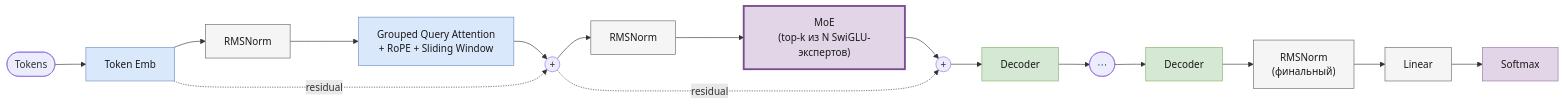
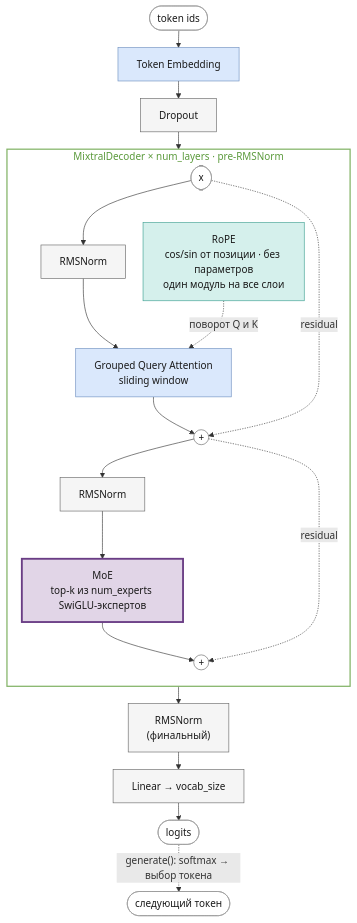
Before and after one commit to pese-git/llm-arch-research: the first of 2 diagrams in docs/mixtral.md, drawn with Mermaid. The commit also changed other lines of this file and 8 other files, not shown here.

First line of the commit message:
docs: redraw architecture diagrams in Mermaid, show RoPE explicitly

````diff
--- a/docs/mixtral.md
+++ b/docs/mixtral.md
@@ -14,19 +14,37 @@
 ```mermaid
-flowchart LR
-    Tokens(["Tokens"]) --> TokEmb["Token Emb"]:::blue
-    TokEmb --> N1["RMSNorm"]:::gray
-    N1 --> Attn["Grouped Query Attention<br/>+ RoPE + Sliding Window"]:::blue
-    Attn --> A1(("+"))
-    TokEmb -.->|residual| A1
-    A1 --> N2["RMSNorm"]:::gray
-    N2 --> MoE["MoE<br/>(top-k из N SwiGLU-экспертов)"]:::purpleHl
-    MoE --> A2(("+"))
-    A1 -.->|residual| A2
-    A2 --> Dc2["Decoder"]:::green --> Dots(["⋯"]) --> Dc5["Decoder"]:::green --> NF["RMSNorm<br/>(финальный)"]:::gray --> Lin["Linear"]:::gray --> Soft["Softmax"]:::purple
+%%{init: {"flowchart": {"rankSpacing": 28, "nodeSpacing": 28}}}%%
+flowchart TB
+    Ids(["token ids"]):::io --> TokEmb["Token Embedding"]:::blue
+    TokEmb --> Drop["Dropout"]:::gray
+    subgraph Dec["MixtralDecoder × num_layers · pre-RMSNorm"]
+        direction TB
+        X(["x"]):::io --> N1["RMSNorm"]:::gray
+        N1 --> Attn["Grouped Query Attention<br/>sliding window"]:::blue
+        R["RoPE<br/>cos/sin от позиции · без параметров<br/>один модуль на все слои"]:::rope
+        R -. "поворот Q и K" .-> Attn
+        Attn --> A1(("+")):::add
+        X -. residual .-> A1
+        A1 --> N2["RMSNorm"]:::gray
+        N2 --> FFN["MoE<br/>top-k из num_experts SwiGLU-экспертов"]:::purpleHl
+        FFN --> A2(("+")):::add
+        A1 -. residual .-> A2
+    end
+    Drop --> Dec
+    Dec --> NF["RMSNorm<br/>(финальный)"]:::gray --> Lin
+    Lin["Linear → vocab_size"]:::gray --> Out(["logits"]):::io
+    Out -. "generate(): softmax → выбор токена" .-> Next(["следующий токен"]):::io
+    style Dec fill:transparent,stroke:#82b366,stroke-width:2px,color:#5b9a3c
 
+    classDef io fill:#ffffff,stroke:#999999,color:#1a1a1a;
+    classDef add fill:#ffffff,stroke:#666666,color:#1a1a1a;
     classDef blue fill:#dae8fc,stroke:#6c8ebf,color:#1a1a1a;
+    classDef blueHl fill:#dae8fc,stroke:#2f5f9e,stroke-width:3px,color:#1a1a1a;
     classDef purple fill:#e1d5e7,stroke:#9673a6,color:#1a1a1a;
-    classDef purpleHl fill:#e1d5e7,stroke:#7a4f91,stroke-width:3px,color:#1a1a1a;
-    classDef green fill:#d5e8d4,stroke:#82b366,color:#1a1a1a;
+    classDef purpleHl fill:#e1d5e7,stroke:#6a3d85,stroke-width:3px,color:#1a1a1a;
     classDef gray fill:#f5f5f5,stroke:#666666,color:#1a1a1a;
+    classDef grayHl fill:#f5f5f5,stroke:#333333,stroke-width:3px,color:#1a1a1a;
+    classDef gold fill:#fff2cc,stroke:#d6b656,color:#1a1a1a;
+    classDef rope fill:#d5f0ec,stroke:#3a9e8f,color:#1a1a1a;
+    classDef ropeHl fill:#d5f0ec,stroke:#1f6f63,stroke-width:3px,color:#1a1a1a;
+    classDef dim fill:#f5f5f5,stroke:#bbbbbb,color:#999999,stroke-dasharray:4 3;
 ```
````
